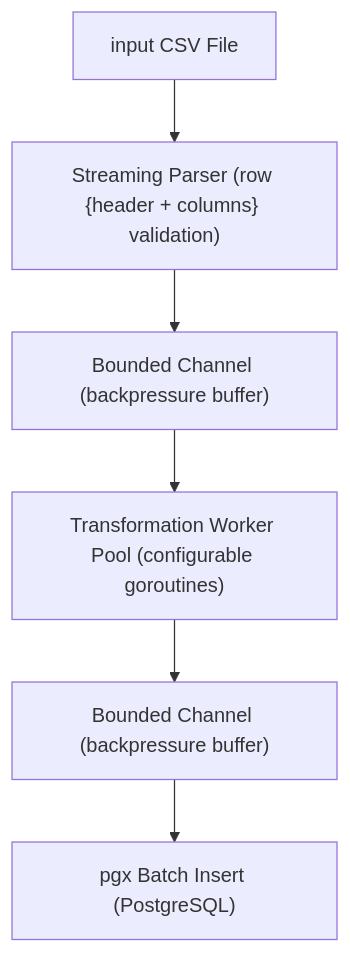
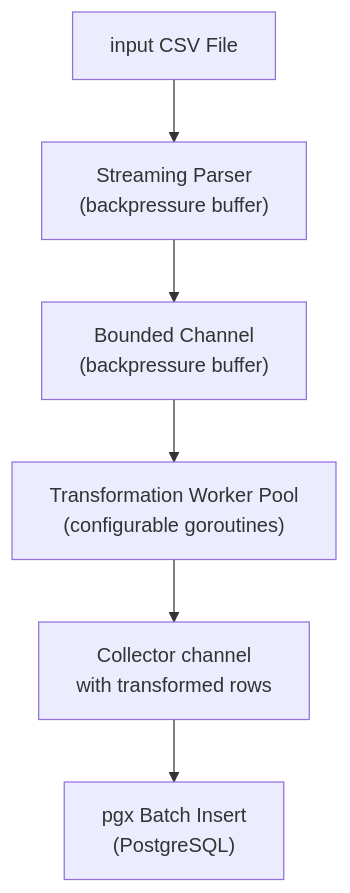
Before and after one commit to hamouksha/go-etl-pipeline: the diagram in README.md, drawn with Mermaid. The commit also changed other lines of this file, not shown here.

````diff
--- a/README.md
+++ b/README.md
@@ -29,13 +29,9 @@
 ```mermaid 
 flowchart TD
 
-  A["input CSV File"] --> B["Streaming Parser (backpressure buffer)"]
-
-  B["Streaming Parser (row {header + columns} validation)"] -->  C["Bounded Channel (backpressure buffer)"]
-
-  C["Bounded Channel (backpressure buffer)"] --> D["Transformation Worker Pool (configurable goroutines)"]
-
-  D["Transformation Worker Pool (configurable goroutines)"] --> E["Bounded Channel (backpressure buffer)"]
-
-  E["Bounded Channel (backpressure buffer)"] --> F["pgx Batch Insert (PostgreSQL)"]
+  A["input CSV File"] --> B["Streaming Parser<br/>(backpressure buffer)"]
+  B -->  C["Bounded Channel<br/>(backpressure buffer)"]
+  C --> D["Transformation Worker Pool<br/> (configurable goroutines)"]
+  D --> E["Collector channel<br/> with transformed rows"]
+  E --> F["pgx Batch Insert<br/> (PostgreSQL)"]
 ```
````
